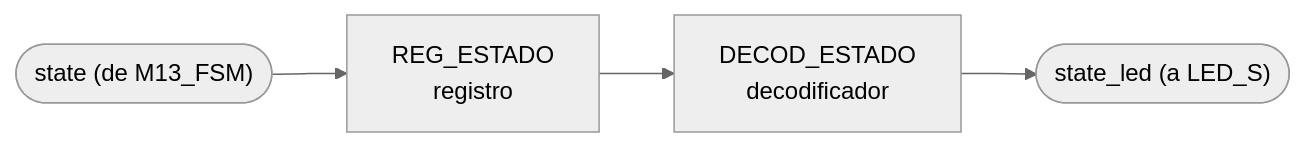
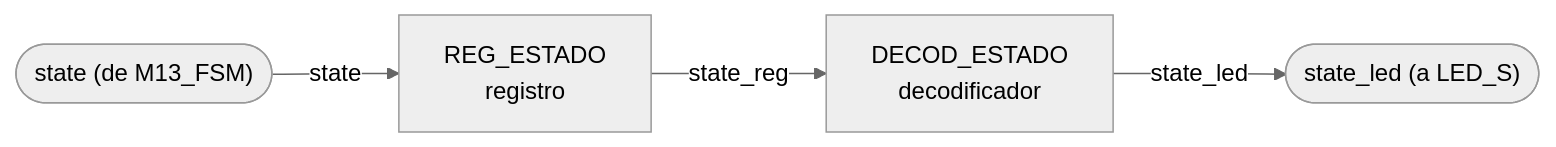
Before and after one commit to Taller-de-diseno-digital-GR01/Proyecto-2-Ahorcado: the sixth of 14 diagrams in docs/diseño/diagramas/nivel03.md, drawn with Mermaid (neutral theme). The commit also changed other lines of this file and 10 other files, not shown here.

````diff
--- a/docs/diseño/diagramas/nivel03.md
+++ b/docs/diseño/diagramas/nivel03.md
@@ -339,6 +339,6 @@
 ```mermaid
 flowchart LR
-    IN_STATE(["state (de M13_FSM)"]) --> REG_S["REG_ESTADO<br/>registro"]
-    REG_S --> DEC1["DECOD_ESTADO<br/>decodificador"]
-    DEC1 --> OUT_LED(["state_led (a LED_S)"])
+    IN_STATE(["state (de M13_FSM)"]) -->|state| REG_S["REG_ESTADO<br/>registro"]
+    REG_S -->|state_reg| DEC1["DECOD_ESTADO<br/>decodificador"]
+    DEC1 -->|state_led| OUT_LED(["state_led (a LED_S)"])
 ```
````
